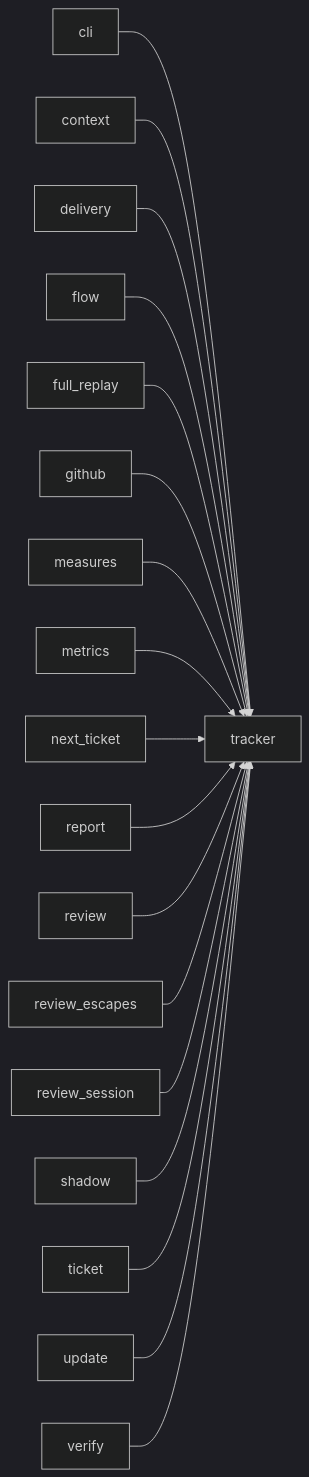
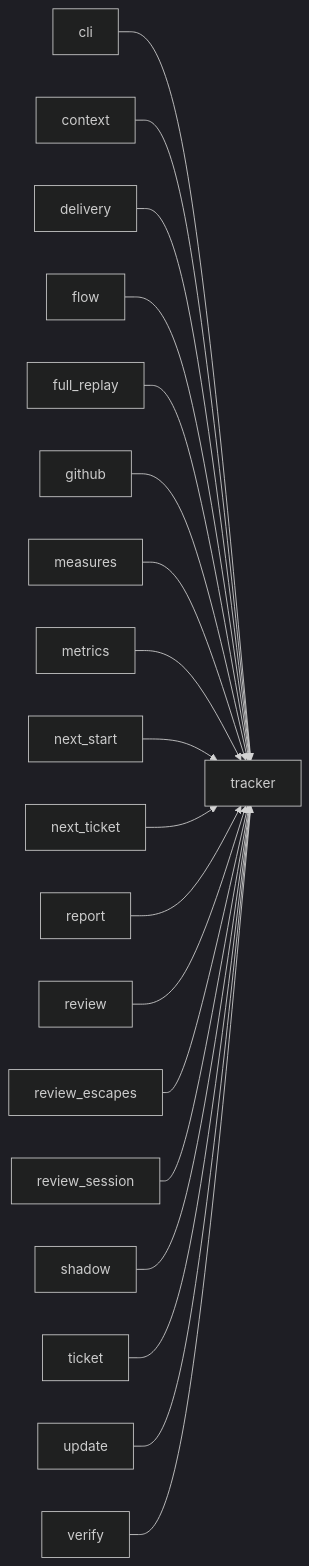
The third of 3 diagrams in docs/architecture/modules/tracker.md (plaplanche/ariane), drawn with Mermaid (dark theme) before and after one commit. The commit also changed other lines of this file and 27 other files, not shown here.

````diff
--- a/docs/architecture/modules/tracker.md
+++ b/docs/architecture/modules/tracker.md
@@ -128,20 +129,21 @@
 ```mermaid
 flowchart LR
   cli --> tracker
   context --> tracker
   delivery --> tracker
   flow --> tracker
   full_replay --> tracker
   github --> tracker
   measures --> tracker
   metrics --> tracker
+  next_start --> tracker
   next_ticket --> tracker
   report --> tracker
   review --> tracker
   review_escapes --> tracker
   review_session --> tracker
   shadow --> tracker
   ticket --> tracker
   update --> tracker
   verify --> tracker
 ```
````
